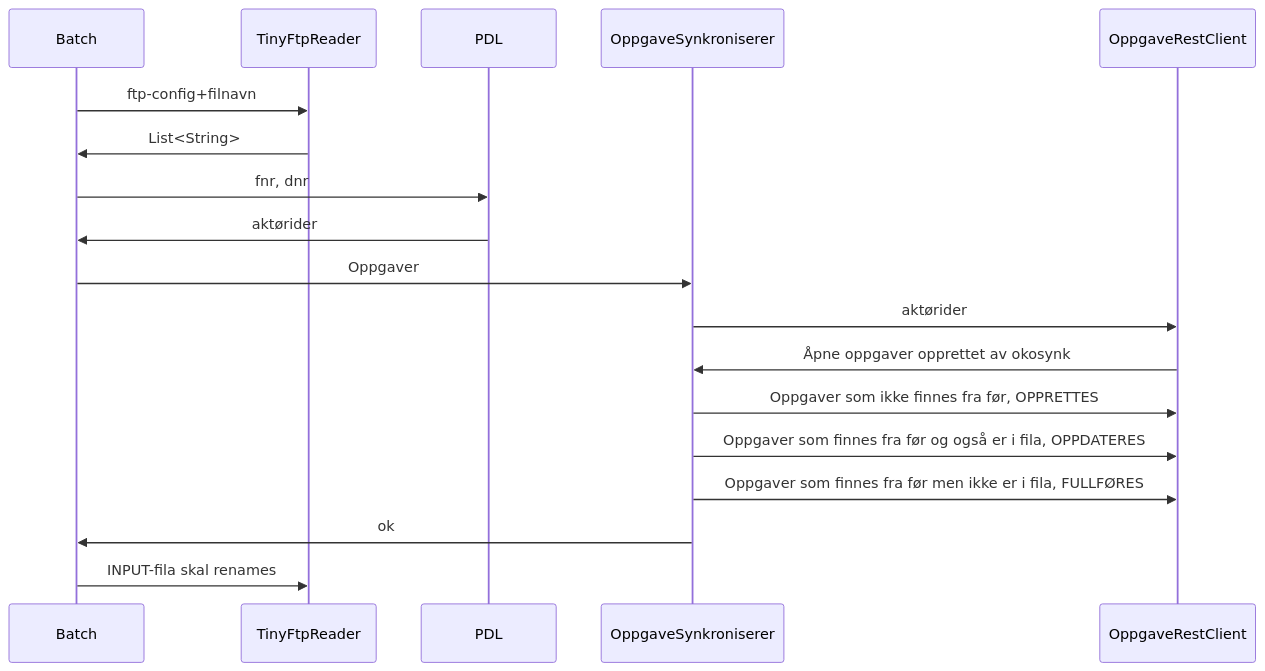
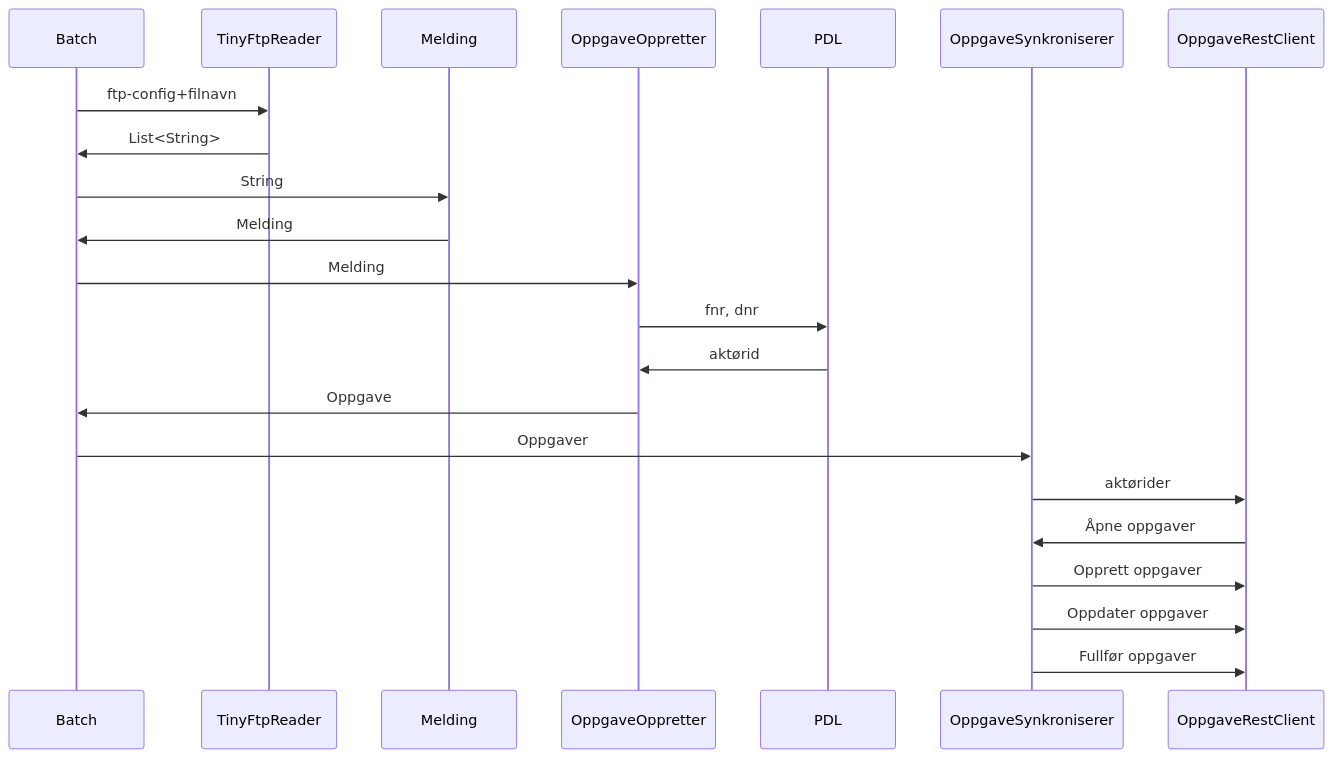
One commit to navikt/okosynk changed the diagram in doc/flyt.md. Above: the diagram before and after it, drawn with Mermaid. The commit also changed 46 other files, not shown here.

Commit message:
Flere refaktoreringer, vi er på konvertering av melding -> oppgave * Fjerner test-logging som testrammeverk uansett bør gi * Fjerner det ekstra OsMapper-abstraksjonsnivået * Bytter ut enda en klasse med record * noe doc

````diff
--- a/doc/flyt.md
+++ b/doc/flyt.md
@@ -5,15 +5,17 @@
 ```mermaid
 sequenceDiagram
     Batch->>                TinyFtpReader: ftp-config+filnavn
     TinyFtpReader->>        Batch: List<String>
-    Batch->> PDL: fnr, dnr
-    PDL ->> Batch: aktørider
+    Batch->>                Melding: String
+    Melding->>              Batch: Melding
+    Batch->>                OppgaveOppretter: Melding
+    OppgaveOppretter->>     PDL: fnr, dnr
+    PDL ->>                 OppgaveOppretter: aktørid
+    OppgaveOppretter->>               Batch: Oppgave
     Batch->>                OppgaveSynkroniserer: Oppgaver
     OppgaveSynkroniserer->> OppgaveRestClient: aktørider
-    OppgaveRestClient   ->> OppgaveSynkroniserer: Åpne oppgaver opprettet av okosynk
-    OppgaveSynkroniserer->> OppgaveRestClient: Oppgaver som ikke finnes fra før, OPPRETTES
-    OppgaveSynkroniserer->> OppgaveRestClient: Oppgaver som finnes fra før og også er i fila, OPPDATERES
-    OppgaveSynkroniserer->> OppgaveRestClient: Oppgaver som finnes fra før men ikke er i fila, FULLFØRES
-    OppgaveSynkroniserer->> Batch: ok
-    Batch->>TinyFtpReader: INPUT-fila skal renames
+    OppgaveRestClient   ->> OppgaveSynkroniserer: Åpne oppgaver
+    OppgaveSynkroniserer->> OppgaveRestClient: Opprett oppgaver
+    OppgaveSynkroniserer->> OppgaveRestClient: Oppdater oppgaver
+    OppgaveSynkroniserer->> OppgaveRestClient: Fullfør oppgaver
 ```
````
